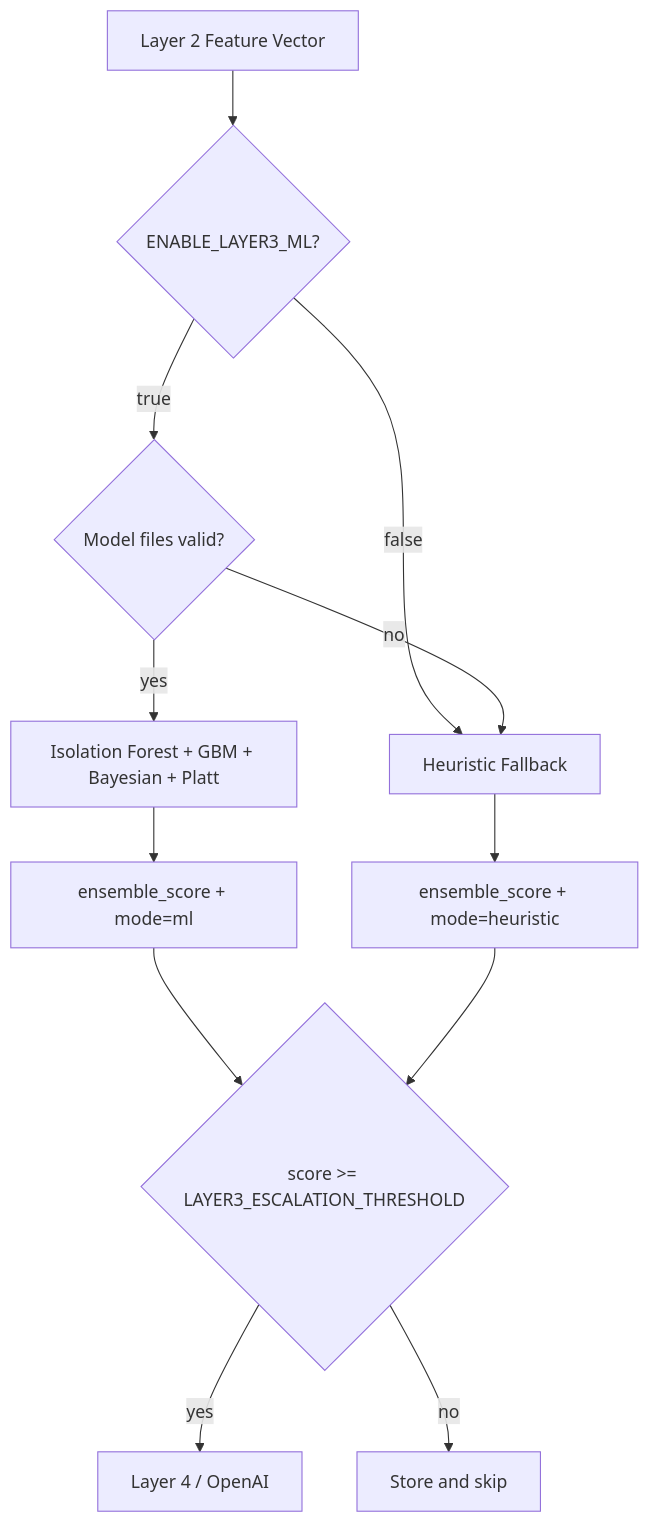
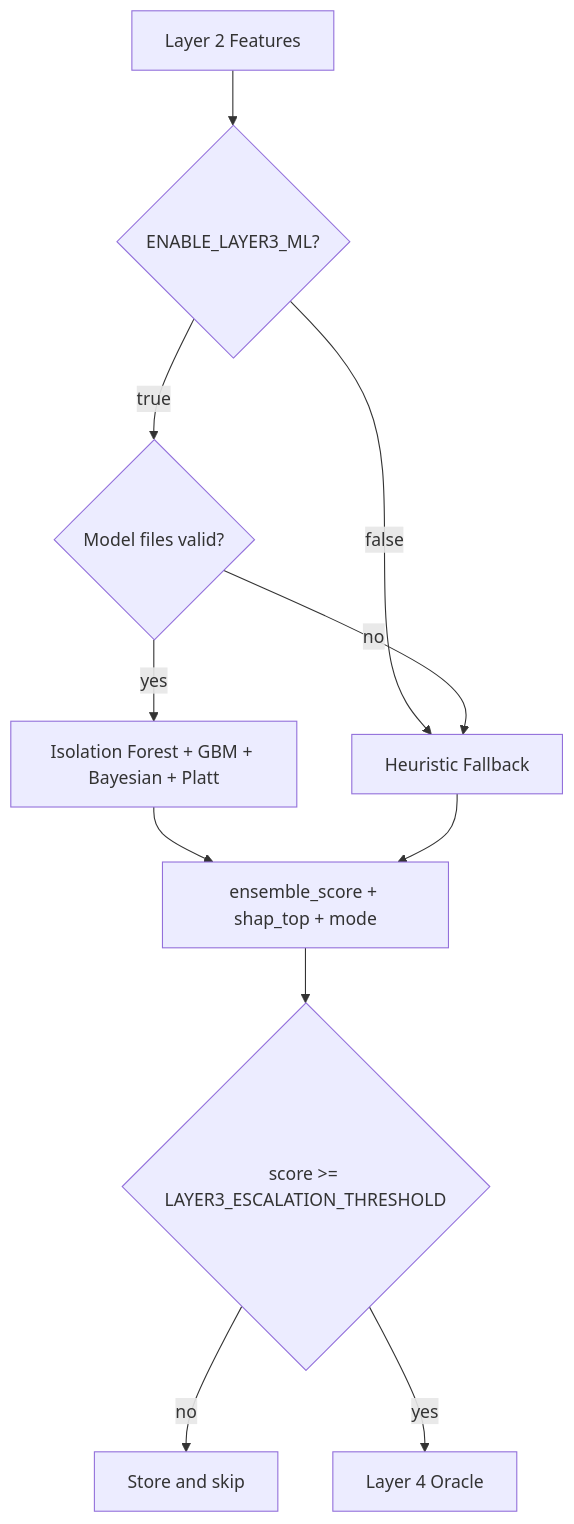
One commit to hasansazly/Talosly-startup changed the fourth of 6 diagrams in README.md. Above: the diagram before and after it, drawn with Mermaid. The commit also changed other lines of this file, not shown here.

````diff
--- a/README.md
+++ b/README.md
@@ -166,14 +193,13 @@
 ```mermaid
 flowchart TD
-  Tx[Layer 2 Feature Vector] --> Enabled{ENABLE_LAYER3_ML?}
+  Features[Layer 2 Features] --> Enabled{ENABLE_LAYER3_ML?}
   Enabled -- false --> Heuristic[Heuristic Fallback]
-  Enabled -- true --> Models{Model files valid?}
-  Models -- yes --> ML[Isolation Forest + GBM + Bayesian + Platt]
-  Models -- no --> Heuristic
-  ML --> Result[ensemble_score + mode=ml]
-  Heuristic --> Result2[ensemble_score + mode=heuristic]
+  Enabled -- true --> Files{Model files valid?}
+  Files -- yes --> ML[Isolation Forest + GBM + Bayesian + Platt]
+  Files -- no --> Heuristic
+  ML --> Result[ensemble_score + shap_top + mode]
+  Heuristic --> Result
   Result --> Gate{score >= LAYER3_ESCALATION_THRESHOLD}
-  Result2 --> Gate
-  Gate -- yes --> Layer4[Layer 4 / OpenAI]
   Gate -- no --> Skip[Store and skip]
+  Gate -- yes --> Oracle[Layer 4 Oracle]
 ```
````
